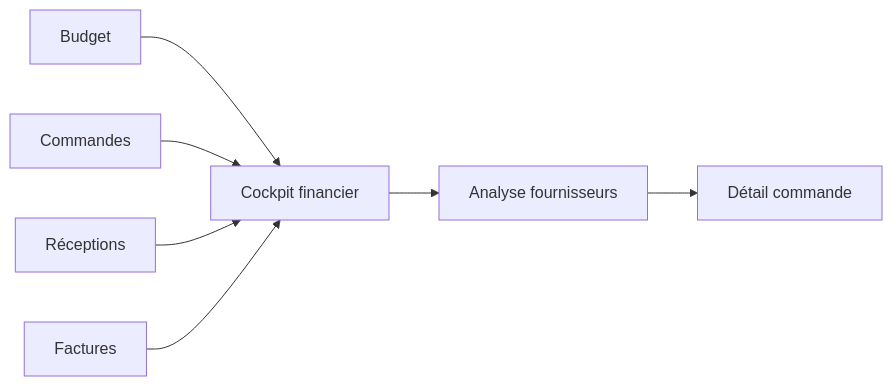
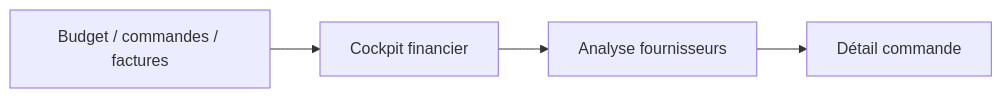
One commit to jeffersonkuku/powerbi-portfolio-projects changed the second of 2 diagrams in powerbi-financial-pilotage-portfolio/README.md. Above: the diagram before and after it, drawn with Mermaid. The commit also changed other lines of this file and 5 other files, not shown here.

````diff
--- a/powerbi-financial-pilotage-portfolio/README.md
+++ b/powerbi-financial-pilotage-portfolio/README.md
@@ -47,9 +43,6 @@
 ```mermaid
 flowchart LR
-    A[Budget] --> E[Cockpit financier]
-    B[Commandes] --> E
-    C[Réceptions] --> E
-    D[Factures] --> E
-    E --> F[Analyse fournisseurs]
-    F --> G[Détail commande]
+    A[Budget / commandes / factures] --> B[Cockpit financier]
+    B --> C[Analyse fournisseurs]
+    C --> D[Détail commande]
 ```
````
